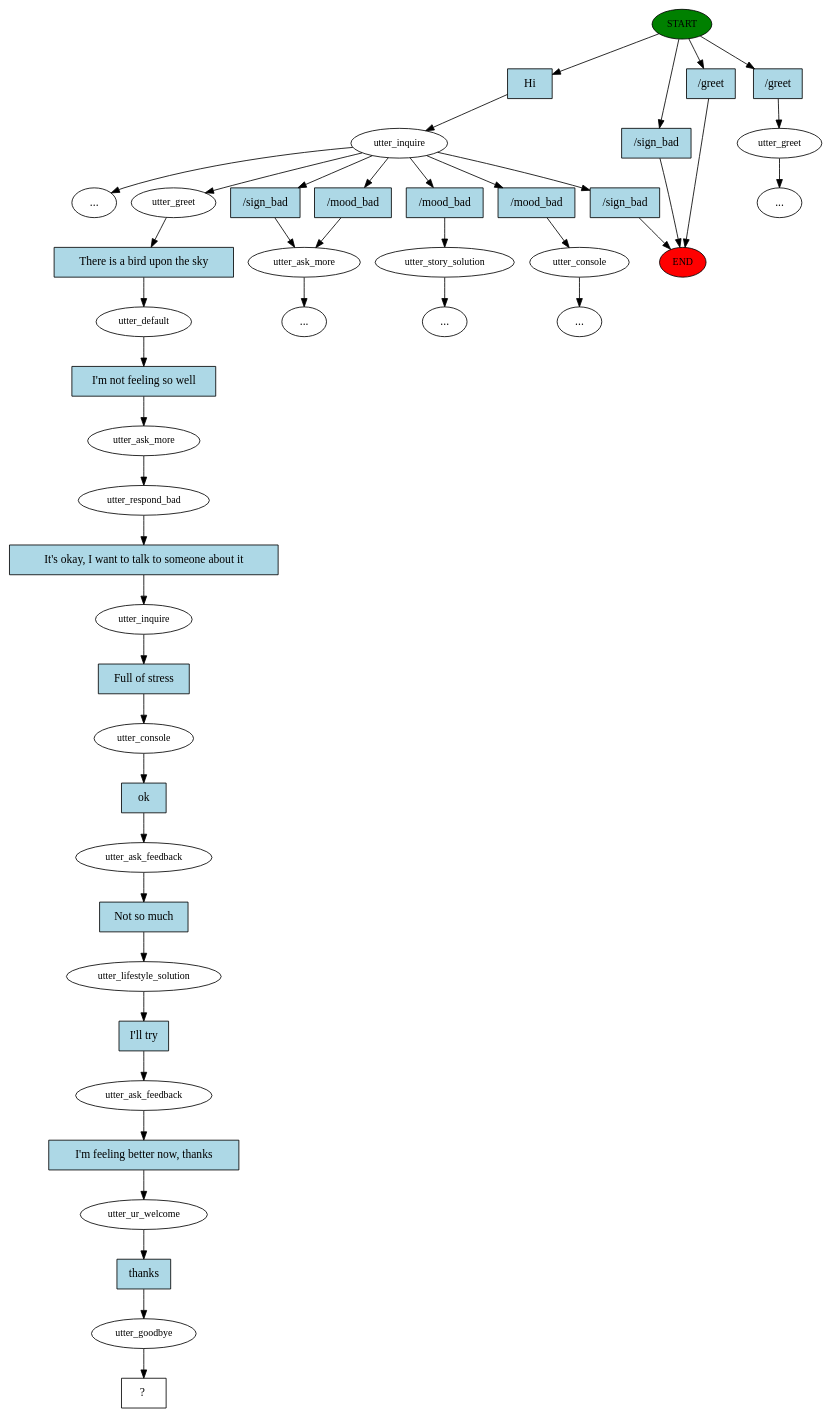
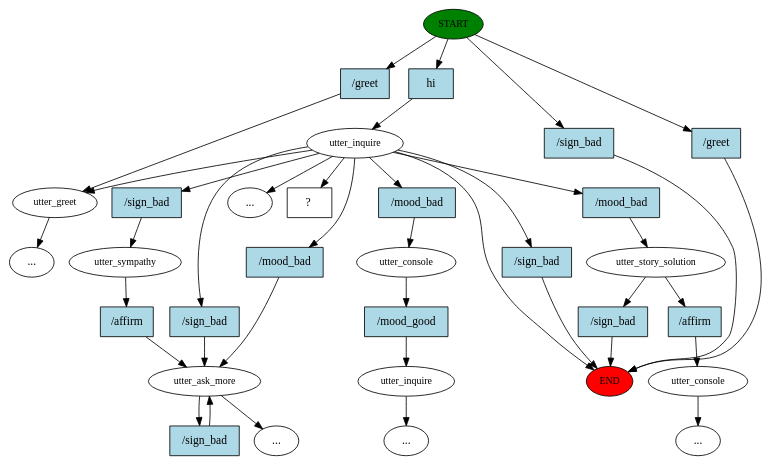
One commit to greenwichdn/AIGC changed the diagram in story_graph.dot. Above: the diagram before and after it, drawn with Graphviz. The commit also changed 9 other files, not shown here.

```diff
--- a/story_graph.dot
+++ b/story_graph.dot
@@ -1,88 +1,71 @@
 digraph  {
 0 [class="start active", fillcolor=green, fontsize=12, label=START, style=filled];
 "-1" [class=end, fillcolor=red, fontsize=12, label=END, style=filled];
 1 [class=active, fontsize=12, label=utter_inquire];
 2 [class="", fontsize=12, label=utter_ask_more];
-9 [class="", fontsize=12, label=utter_story_solution];
-34 [class="", fontsize=12, label=utter_greet];
-"-27" [class=ellipsis, label="..."];
-52 [class="", fontsize=12, label=utter_console];
-"-31" [class=ellipsis, label="..."];
-"-37" [class=ellipsis, label="..."];
-"-38" [class=ellipsis, label="..."];
+12 [class="", fontsize=12, label=utter_story_solution];
+15 [class="", fontsize=12, label=utter_console];
+45 [class="", fontsize=12, label=utter_greet];
+75 [class="", fontsize=12, label=utter_sympathy];
+"-35" [class=ellipsis, label="..."];
+91 [class="", fontsize=12, label=utter_console];
+92 [class="", fontsize=12, label=utter_inquire];
 "-39" [class=ellipsis, label="..."];
-66 [class=active, fontsize=12, label=utter_greet];
-67 [class=active, fontsize=12, label=utter_default];
-68 [class=active, fontsize=12, label=utter_ask_more];
-69 [class=active, fontsize=12, label=utter_respond_bad];
-70 [class=active, fontsize=12, label=utter_inquire];
-71 [class=active, fontsize=12, label=utter_console];
-72 [class=active, fontsize=12, label=utter_ask_feedback];
-73 [class=active, fontsize=12, label=utter_lifestyle_solution];
-74 [class=active, fontsize=12, label=utter_ask_feedback];
-75 [class=active, fontsize=12, label=utter_ur_welcome];
-76 [class=active, fontsize=12, label=utter_goodbye];
-77 [class="intent dashed active", label="  ?  ", shape=rect];
-78 [class="intent active", fillcolor=lightblue, label=Hi, shape=rect, style=filled];
-79 [class=intent, fillcolor=lightblue, label="\/sign_bad", shape=rect, style=filled];
-80 [class=intent, fillcolor=lightblue, label="\/greet", shape=rect, style=filled];
-81 [class=intent, fillcolor=lightblue, label="\/greet", shape=rect, style=filled];
-82 [class=intent, fillcolor=lightblue, label="\/sign_bad", shape=rect, style=filled];
-83 [class=intent, fillcolor=lightblue, label="\/mood_bad", shape=rect, style=filled];
-84 [class=intent, fillcolor=lightblue, label="\/sign_bad", shape=rect, style=filled];
-85 [class=intent, fillcolor=lightblue, label="\/mood_bad", shape=rect, style=filled];
-86 [class=intent, fillcolor=lightblue, label="\/mood_bad", shape=rect, style=filled];
-87 [class="intent active", fillcolor=lightblue, label="There\ is\ a\ bird\ upon\ the\ sky", shape=rect, style=filled];
-88 [class="intent active", fillcolor=lightblue, label="I\'m\ not\ feeling\ so\ well", shape=rect, style=filled];
-89 [class="intent active", fillcolor=lightblue, label="It\'s\ okay\,\ I\ want\ to\ talk\ to\ someone\ about\ it", shape=rect, style=filled];
-90 [class="intent active", fillcolor=lightblue, label="Full\ of\ stress", shape=rect, style=filled];
-91 [class="intent active", fillcolor=lightblue, label=ok, shape=rect, style=filled];
-92 [class="intent active", fillcolor=lightblue, label="Not\ so\ much", shape=rect, style=filled];
-93 [class="intent active", fillcolor=lightblue, label="I\'ll\ try", shape=rect, style=filled];
-94 [class="intent active", fillcolor=lightblue, label="I\'m\ feeling\ better\ now\,\ thanks", shape=rect, style=filled];
-95 [class="intent active", fillcolor=lightblue, label=thanks, shape=rect, style=filled];
-0 -> 78  [class=active, key=0];
-0 -> 79  [class="", key=0];
-0 -> 80  [class="", key=0];
-0 -> 81  [class="", key=0];
-1 -> "-37"  [class="", key=NONE, label=""];
-1 -> 66  [class=active, key=NONE, label=""];
-1 -> 82  [class="", key=0];
-1 -> 83  [class="", key=0];
-1 -> 84  [class="", key=0];
-1 -> 85  [class="", key=0];
-1 -> 86  [class="", key=0];
-2 -> "-39"  [class="", key=NONE, label=""];
-9 -> "-27"  [class="", key=NONE, label=""];
-34 -> "-38"  [class="", key=NONE, label=""];
-52 -> "-31"  [class="", key=NONE, label=""];
-66 -> 87  [class=active, key=0];
-67 -> 88  [class=active, key=0];
-68 -> 69  [class=active, key=NONE, label=""];
-69 -> 89  [class=active, key=0];
-70 -> 90  [class=active, key=0];
-71 -> 91  [class=active, key=0];
-72 -> 92  [class=active, key=0];
-73 -> 93  [class=active, key=0];
-74 -> 94  [class=active, key=0];
-75 -> 95  [class=active, key=0];
-76 -> 77  [class=active, key=NONE, label=""];
-78 -> 1  [class=active, key=0];
-79 -> "-1"  [class="", key=0];
-80 -> "-1"  [class="", key=0];
-81 -> 34  [class="", key=0];
-82 -> 2  [class="", key=0];
-83 -> 2  [class="", key=0];
-84 -> "-1"  [class="", key=0];
-85 -> 9  [class="", key=0];
-86 -> 52  [class="", key=0];
-87 -> 67  [class=active, key=0];
-88 -> 68  [class=active, key=0];
-89 -> 70  [class=active, key=0];
-90 -> 71  [class=active, key=0];
-91 -> 72  [class=active, key=0];
-92 -> 73  [class=active, key=0];
-93 -> 74  [class=active, key=0];
-94 -> 75  [class=active, key=0];
-95 -> 76  [class=active, key=0];
+"-45" [class=ellipsis, label="..."];
+"-49" [class=ellipsis, label="..."];
+"-50" [class=ellipsis, label="..."];
+116 [class="intent dashed active", label="  ?  ", shape=rect];
+117 [class="intent active", fillcolor=lightblue, label=hi, shape=rect, style=filled];
+118 [class=intent, fillcolor=lightblue, label="\/sign_bad", shape=rect, style=filled];
+119 [class=intent, fillcolor=lightblue, label="\/greet", shape=rect, style=filled];
+120 [class=intent, fillcolor=lightblue, label="\/greet", shape=rect, style=filled];
+121 [class=intent, fillcolor=lightblue, label="\/sign_bad", shape=rect, style=filled];
+122 [class=intent, fillcolor=lightblue, label="\/mood_bad", shape=rect, style=filled];
+123 [class=intent, fillcolor=lightblue, label="\/sign_bad", shape=rect, style=filled];
+124 [class=intent, fillcolor=lightblue, label="\/mood_bad", shape=rect, style=filled];
+125 [class=intent, fillcolor=lightblue, label="\/sign_bad", shape=rect, style=filled];
+126 [class=intent, fillcolor=lightblue, label="\/mood_bad", shape=rect, style=filled];
+127 [class=intent, fillcolor=lightblue, label="\/sign_bad", shape=rect, style=filled];
+128 [class=intent, fillcolor=lightblue, label="\/sign_bad", shape=rect, style=filled];
+129 [class=intent, fillcolor=lightblue, label="\/affirm", shape=rect, style=filled];
+130 [class=intent, fillcolor=lightblue, label="\/affirm", shape=rect, style=filled];
+131 [class=intent, fillcolor=lightblue, label="\/mood_good", shape=rect, style=filled];
+0 -> 117  [class=active, key=0];
+0 -> 118  [class="", key=0];
+0 -> 119  [class="", key=0];
+0 -> 120  [class="", key=0];
+1 -> "-1"  [class="", key=NONE, label=""];
+1 -> "-45"  [class="", key=NONE, label=""];
+1 -> 116  [class=active, key=NONE, label=""];
+1 -> 45  [class="", key=NONE, label=""];
+1 -> 121  [class="", key=0];
+1 -> 122  [class="", key=0];
+1 -> 123  [class="", key=0];
+1 -> 124  [class="", key=0];
+1 -> 125  [class="", key=0];
+1 -> 126  [class="", key=0];
+2 -> "-49"  [class="", key=NONE, label=""];
+2 -> 127  [class="", key=0];
+12 -> 128  [class="", key=0];
+12 -> 129  [class="", key=0];
+15 -> "-35"  [class="", key=NONE, label=""];
+45 -> "-50"  [class="", key=NONE, label=""];
+75 -> 130  [class="", key=0];
+91 -> 131  [class="", key=0];
+92 -> "-39"  [class="", key=NONE, label=""];
+117 -> 1  [class=active, key=0];
+118 -> "-1"  [class="", key=0];
+119 -> "-1"  [class="", key=0];
+120 -> 45  [class="", key=0];
+121 -> 2  [class="", key=0];
+122 -> 2  [class="", key=0];
+123 -> "-1"  [class="", key=0];
+124 -> 12  [class="", key=0];
+125 -> 75  [class="", key=0];
+126 -> 91  [class="", key=0];
+127 -> 2  [class="", key=0];
+128 -> "-1"  [class="", key=0];
+129 -> 15  [class="", key=0];
+130 -> 2  [class="", key=0];
+131 -> 92  [class="", key=0];
 }
```
